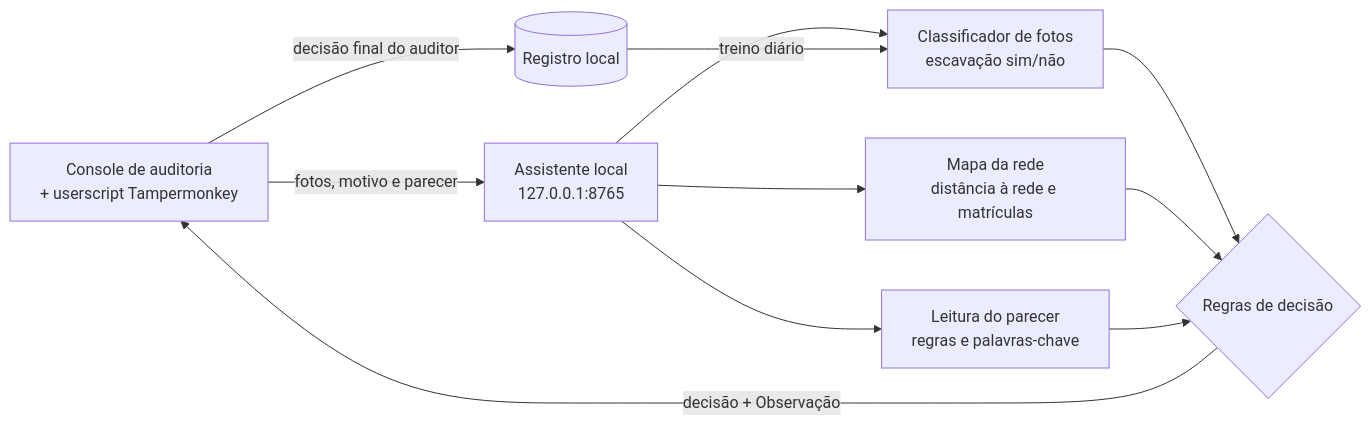
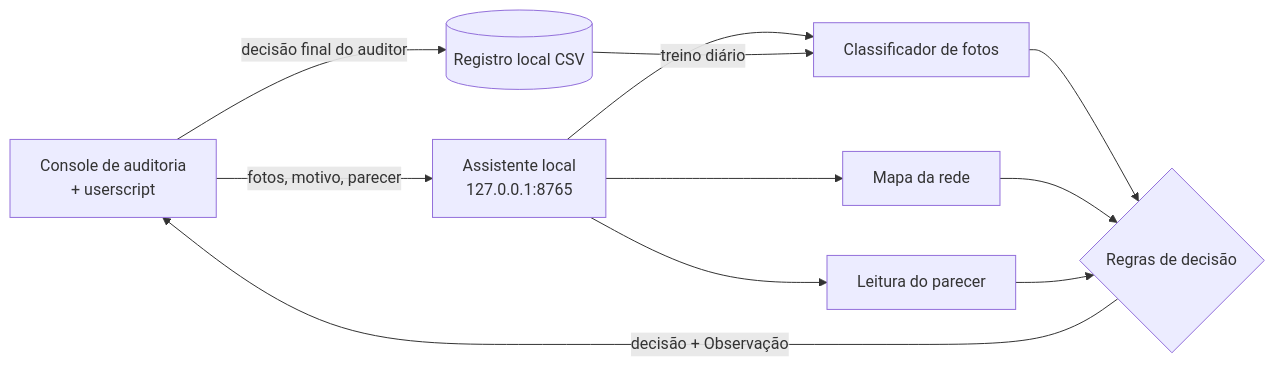
Before and after one commit to Lg0is/auto-auditoria: the diagram in README.md, drawn with Mermaid. The commit also changed other lines of this file, not shown here.

````diff
--- a/README.md
+++ b/README.md
@@ -35,13 +31,13 @@
 ```mermaid
 flowchart LR
-    A[Console de auditoria<br/>+ userscript Tampermonkey] -->|fotos, motivo e parecer| B[Assistente local<br/>127.0.0.1:8765]
-    B --> C[Classificador de fotos<br/>escavação sim/não]
-    B --> D[Mapa da rede<br/>distância à rede e matrículas]
-    B --> E[Leitura do parecer<br/>regras e palavras-chave]
+    A[Console de auditoria<br/>+ userscript] -->|fotos, motivo, parecer| B[Assistente local<br/>127.0.0.1:8765]
+    B --> C[Classificador de fotos]
+    B --> D[Mapa da rede]
+    B --> E[Leitura do parecer]
     C --> F{Regras de decisão}
     D --> F
     E --> F
     F -->|decisão + Observação| A
-    A -->|decisão final do auditor| G[(Registro local)]
+    A -->|decisão final do auditor| G[(Registro local CSV)]
     G -->|treino diário| C
 ```
````
